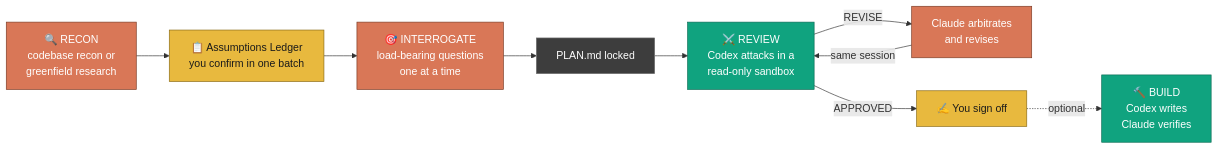
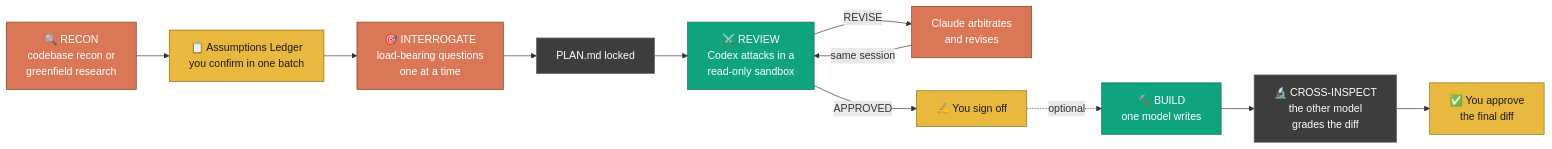
The diagram in README.md (LevonFrench/claudex-loop), drawn with Mermaid before and after one commit. The commit also changed other lines of this file, not shown here.

Commit message:
docs: four-phase framing — BUILD + cross-inspection promoted to the phase table, symmetry invariant stated

````diff
--- a/README.md
+++ b/README.md
@@ -24,19 +24,22 @@
 ```mermaid
 flowchart LR
     A["🔍 RECON<br>codebase recon or<br>greenfield research"] --> L["📋 Assumptions Ledger<br>you confirm in one batch"]
     L --> B["🎯 INTERROGATE<br>load-bearing questions<br>one at a time"]
     B --> P["PLAN.md locked"]
     P --> C["⚔️ REVIEW<br>Codex attacks in a<br>read-only sandbox"]
     C -- REVISE --> R["Claude arbitrates<br>and revises"]
     R -- same session --> C
     C -- APPROVED --> S["✍️ You sign off"]
-    S -. optional .-> D["🔨 BUILD<br>Codex writes<br>Claude verifies"]
+    S -. optional .-> D["🔨 BUILD<br>one model writes"]
+    D --> I["🔬 CROSS-INSPECT<br>the other model<br>grades the diff"]
+    I --> G["✅ You approve<br>the final diff"]
     classDef claude fill:#d97757,stroke:#7a3a24,color:#fff
     classDef codex fill:#10a37f,stroke:#0a6b54,color:#fff
     classDef human fill:#e8b93e,stroke:#8a6a14,color:#1a1a1a
     classDef artifact fill:#3d3d3d,stroke:#6b6b6b,color:#fff
     class A,B,R claude
     class C,D codex
-    class L,S human
+    class I artifact
+    class L,S,G human
     class P artifact
 ```
````
